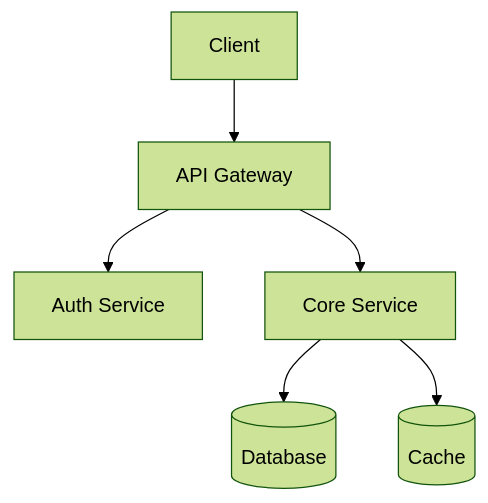
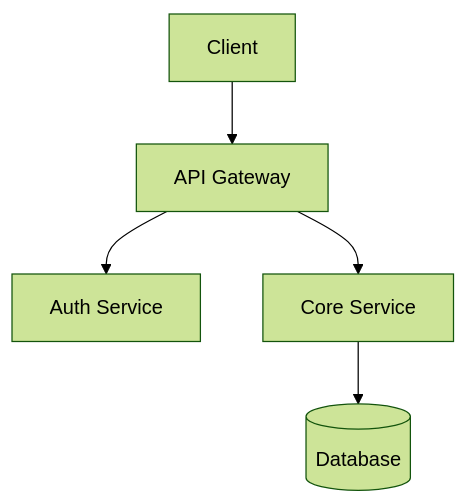
Before and after one commit to himanshu231204/agent-skills: the first of 2 diagrams in templates/ARCHITECTURE.md, drawn with Mermaid (forest theme). The commit also changed other lines of this file and 31 other files, not shown here.

````diff
--- a/templates/ARCHITECTURE.md
+++ b/templates/ARCHITECTURE.md
@@ -17,8 +11,7 @@
 ```mermaid
 graph TB
     Client[Client] --> API[API Gateway]
     API --> Auth[Auth Service]
     API --> Core[Core Service]
     Core --> DB[(Database)]
-    Core --> Cache[(Cache)]
 ```
````
